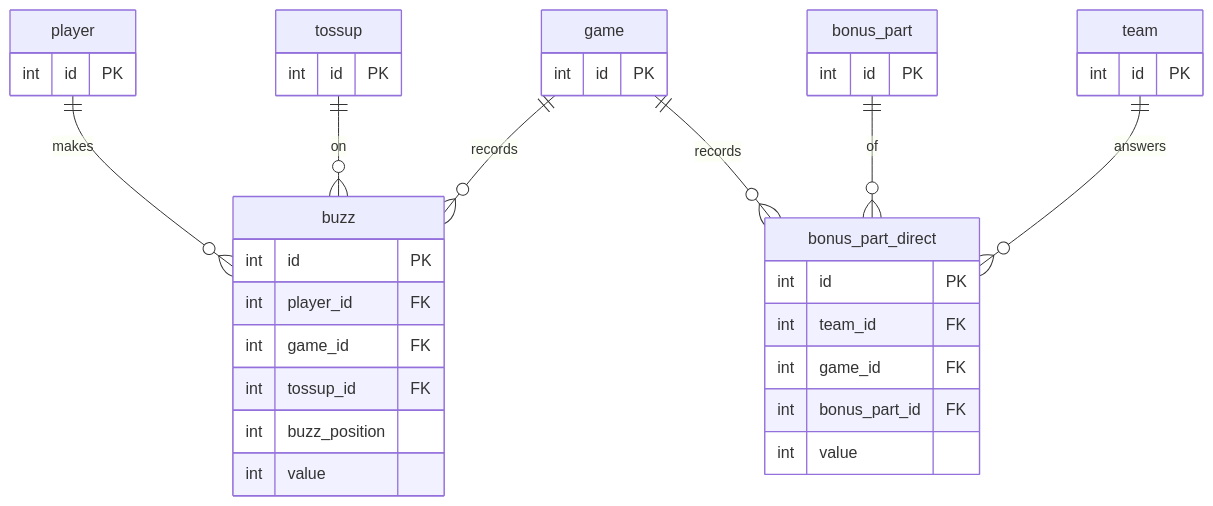
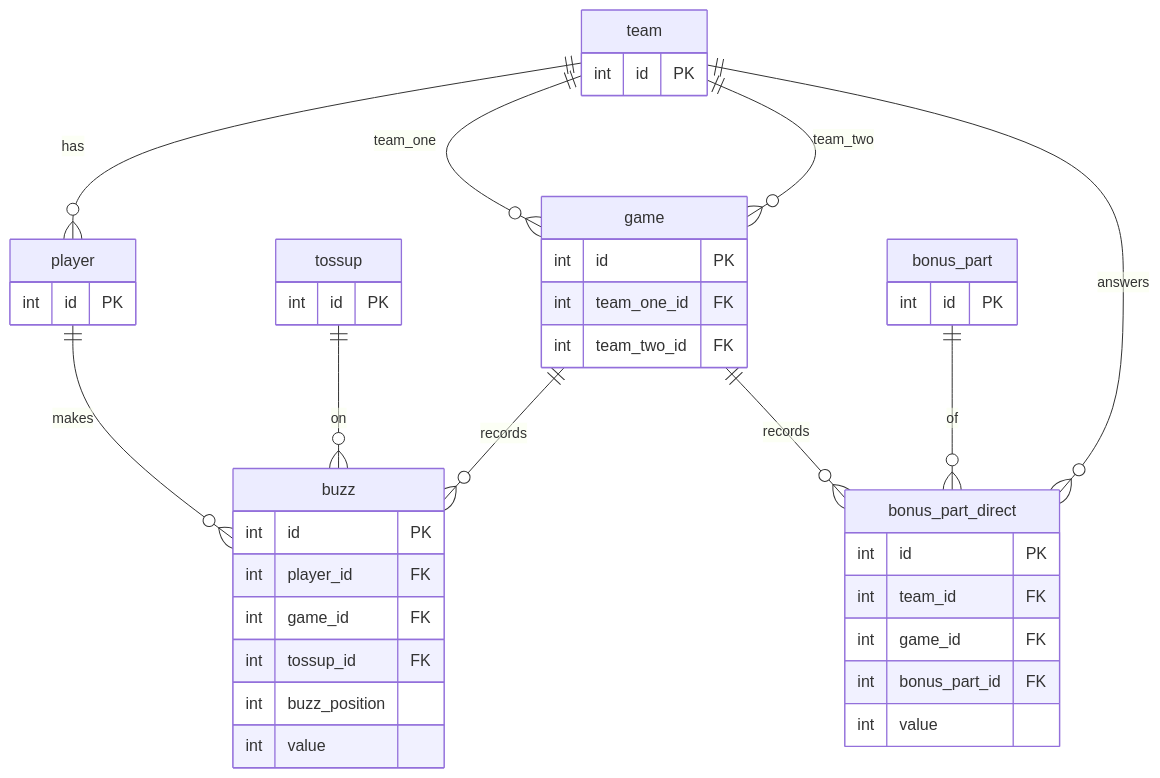
Before and after one commit to maharshi95/acf-data: the fifth of 5 diagrams in docs/structure.md, drawn with Mermaid. The commit also changed other lines of this file, not shown here.

````diff
--- a/docs/structure.md
+++ b/docs/structure.md
@@ -229,41 +226,46 @@
 ```mermaid
 erDiagram
+    team ||--o{ player : has
     player ||--o{ buzz : makes
     tossup ||--o{ buzz : on
     game ||--o{ buzz : records
     game ||--o{ bonus_part_direct : records
     bonus_part ||--o{ bonus_part_direct : of
     team ||--o{ bonus_part_direct : answers
+    team ||--o{ game : team_one
+    team ||--o{ game : team_two
 
     game {
         int id PK
+        int team_one_id FK
+        int team_two_id FK
     }
     player {
         int id PK
     }
     tossup {
         int id PK
     }
     bonus_part {
         int id PK
     }
     team {
         int id PK
     }
 
     buzz {
         int id PK
         int player_id FK
         int game_id FK
         int tossup_id FK
         int buzz_position
         int value
     }
     bonus_part_direct {
         int id PK
         int team_id FK
         int game_id FK
         int bonus_part_id FK
         int value
     }
 ```
````
